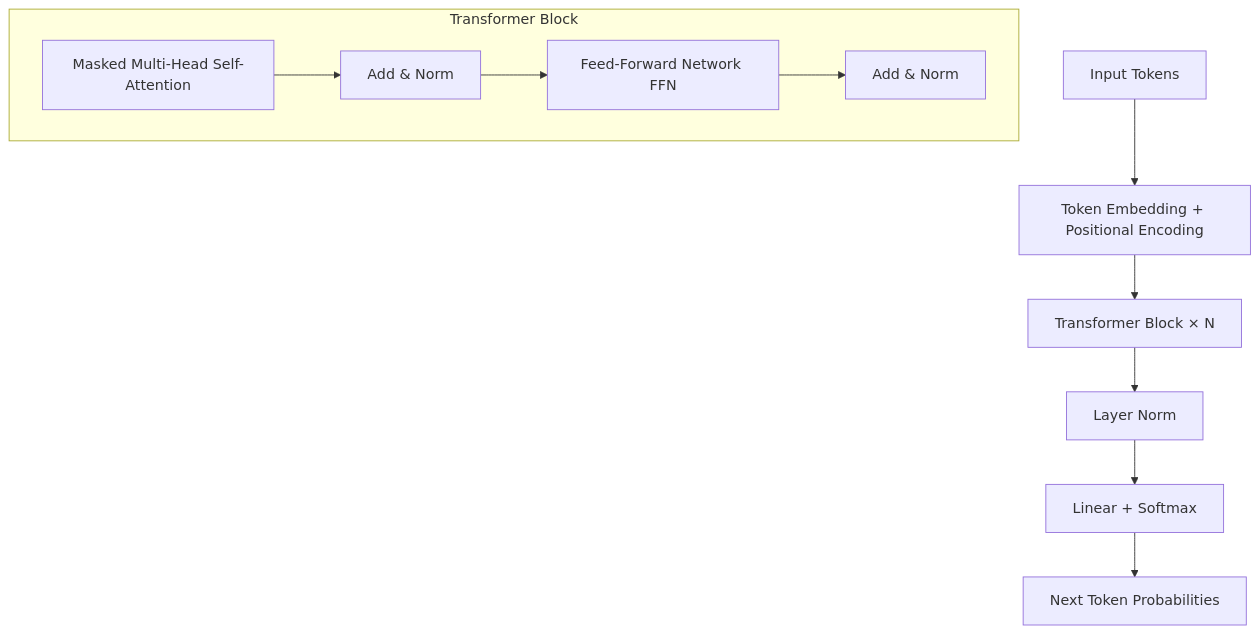
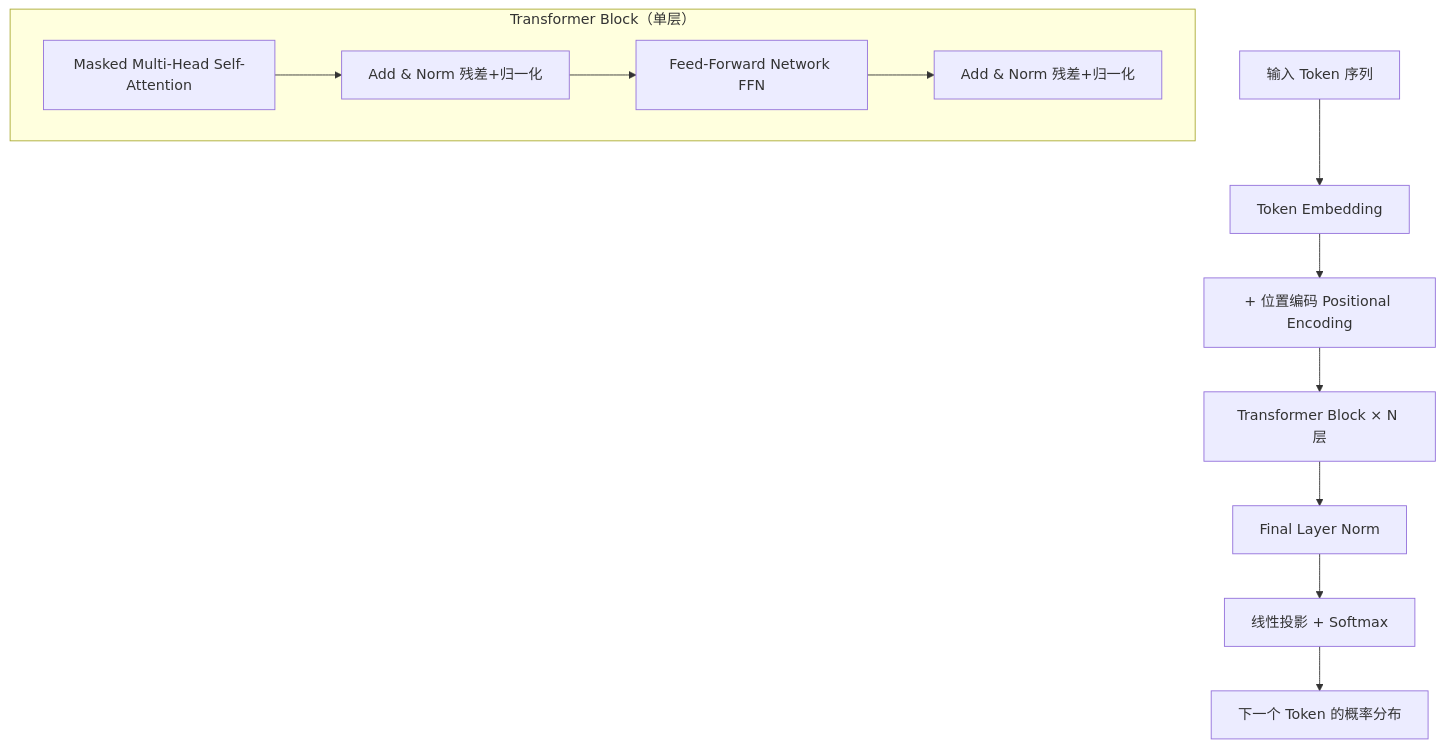
Before and after one commit to AmbitionC/front-end-journey-resource: the first of 3 diagrams in knowledge/llm/basics/transformer-arch.md, drawn with Mermaid. The commit also changed other lines of this file and 16 other files, not shown here.

````diff
--- a/knowledge/llm/basics/transformer-arch.md
+++ b/knowledge/llm/basics/transformer-arch.md
@@ -9,16 +18,17 @@
 ```mermaid
 graph TD
-    A[Input Tokens] --> B[Token Embedding + Positional Encoding]
-    B --> C[Transformer Block × N]
-    C --> D[Layer Norm]
-    D --> E[Linear + Softmax]
-    E --> F[Next Token Probabilities]
+    A[输入 Token 序列] --> B[Token Embedding]
+    B --> C[+ 位置编码 Positional Encoding]
+    C --> D[Transformer Block × N 层]
+    D --> E[Final Layer Norm]
+    E --> F[线性投影 + Softmax]
+    F --> G[下一个 Token 的概率分布]
 
-    subgraph Transformer Block
-        G[Masked Multi-Head Self-Attention]
-        H[Add & Norm]
-        I[Feed-Forward Network FFN]
-        J[Add & Norm]
-        G --> H --> I --> J
+    subgraph "Transformer Block（单层）"
+        H[Masked Multi-Head Self-Attention]
+        I[Add & Norm 残差+归一化]
+        J[Feed-Forward Network FFN]
+        K[Add & Norm 残差+归一化]
+        H --> I --> J --> K
     end
 ```
````
